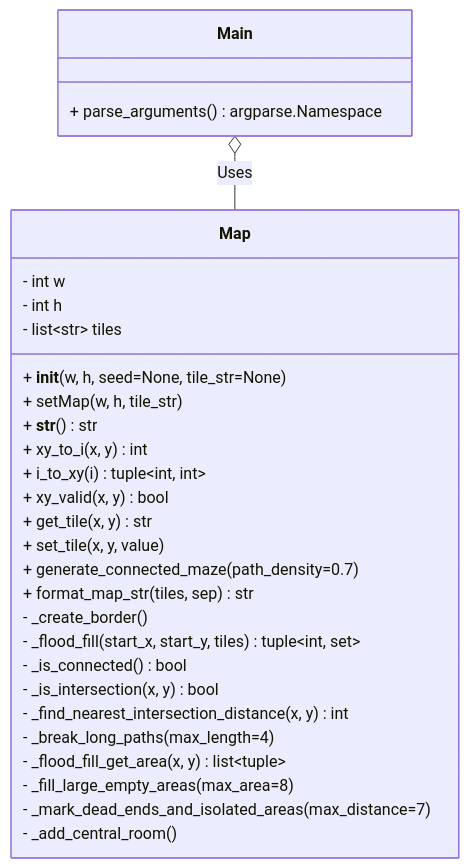
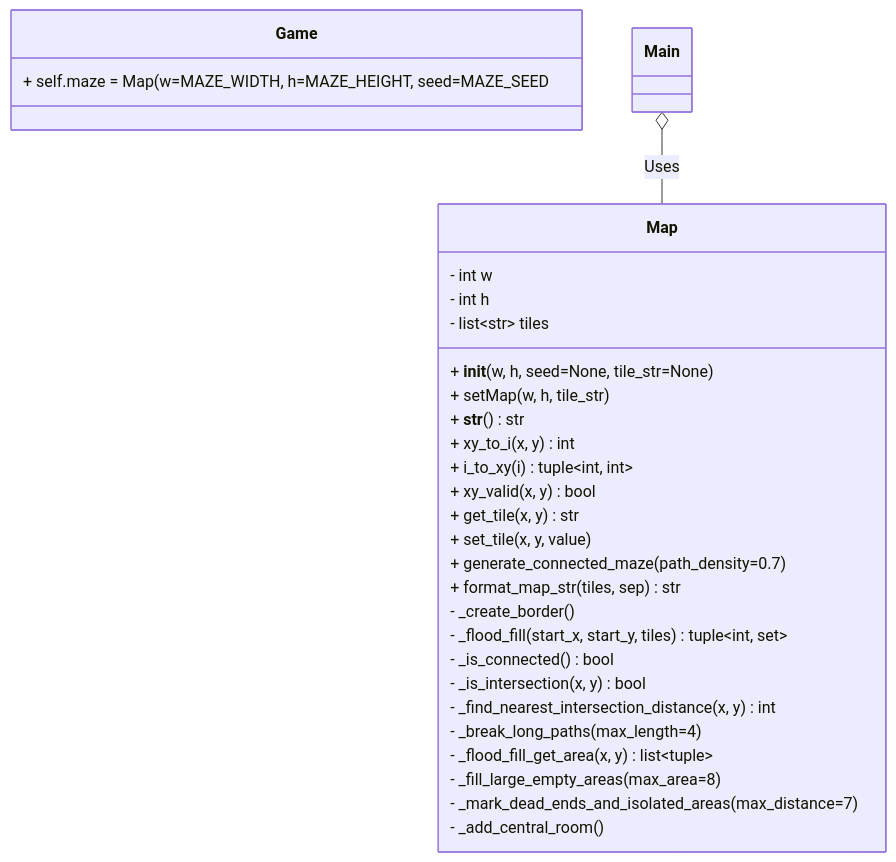
Before and after one commit to jui-pixel/oop-2025-proj-pacman: the diagram in game/maze_generator.md, drawn with Mermaid.

````diff
--- a/game/maze_generator.md
+++ b/game/maze_generator.md
@@ -1,38 +1,38 @@
 ```mermaid
 classDiagram
     class Map {
         - int w
         - int h
         - list~str~ tiles
         + __init__(w, h, seed=None, tile_str=None)
         + setMap(w, h, tile_str)
         + __str__() str
         + xy_to_i(x, y) int
         + i_to_xy(i) tuple~int, int~
         + xy_valid(x, y) bool
         + get_tile(x, y) str
         + set_tile(x, y, value)
         + generate_connected_maze(path_density=0.7)
         + format_map_str(tiles, sep) str
     }
 
     %% Private methods
     class Map {
         - _create_border()
         - _flood_fill(start_x, start_y, tiles) tuple~int, set~
         - _is_connected() bool
         - _is_intersection(x, y) bool
         - _find_nearest_intersection_distance(x, y) int
         - _break_long_paths(max_length=4)
         - _flood_fill_get_area(x, y) list~tuple~
         - _fill_large_empty_areas(max_area=8)
         - _mark_dead_ends_and_isolated_areas(max_distance=7)
         - _add_central_room()
     }
 
-    class Main {
-        + parse_arguments() argparse.Namespace
+    class Game {
+        + self.maze = Map(w=MAZE_WIDTH, h=MAZE_HEIGHT, seed=MAZE_SEED
     }
 
     Main o-- Map : Uses
 ```
````
